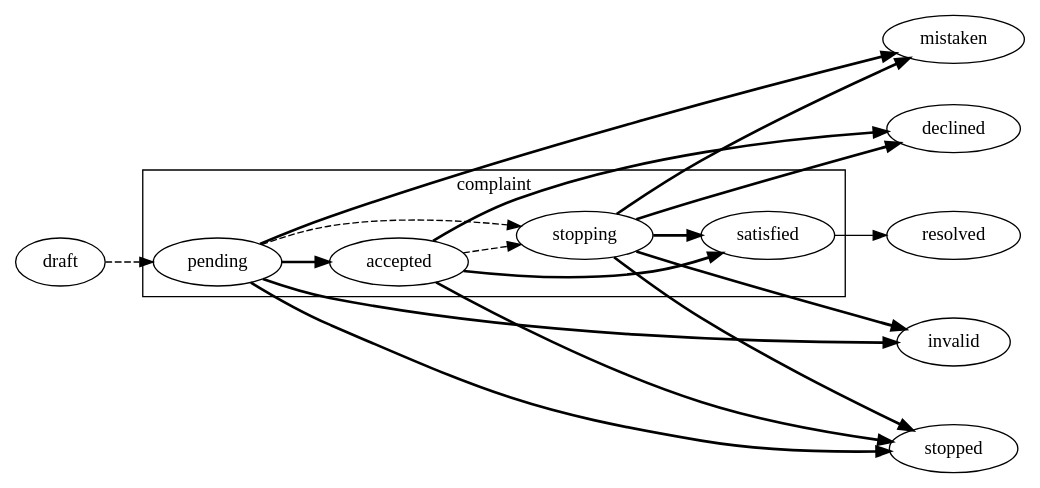
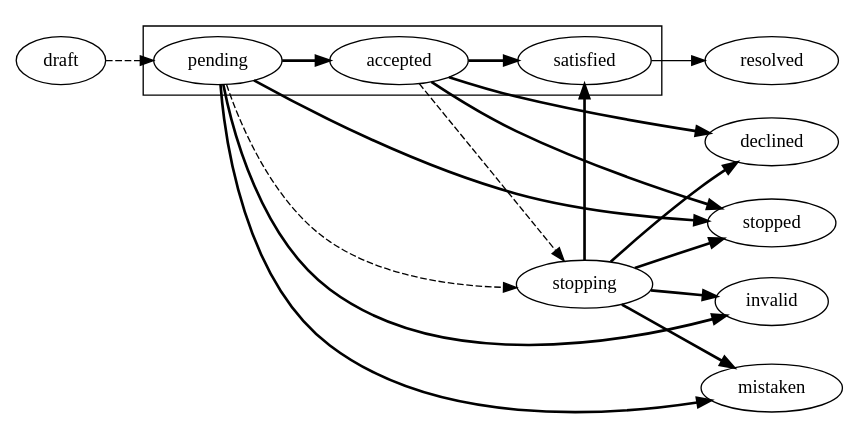
One commit to ProzorroUKR/openprocurement.api changed the second of 3 diagrams in docs/source/tendering/basic-actions/complaints.rst. Above: the diagram before and after it, drawn with Graphviz.

Commit message:
updated docs graph

```diff
--- a/docs/source/tendering/basic-actions/complaints.rst
+++ b/docs/source/tendering/basic-actions/complaints.rst
@@ -67,19 +67,18 @@
 .. graphviz::
 
     digraph G {
         rankdir=LR;
-        {rank=same; mistaken; invalid; resolved; declined; stopped}
+        {rank=same; invalid; resolved; declined; stopped; mistaken;}
         subgraph cluster_complaint {
-            label = "complaint";
-            pending; satisfied; accepted; stopping;
+            pending; satisfied; accepted;
         }
         satisfied -> resolved;
         edge[style=dashed];
         draft -> pending;
         pending -> stopping;
         accepted -> stopping;
         edge[style=bold];
         accepted -> {declined,satisfied,stopped};
         pending -> {accepted,invalid,stopped,mistaken};
         stopping -> {stopped,invalid,declined,satisfied,mistaken};
     }
```
